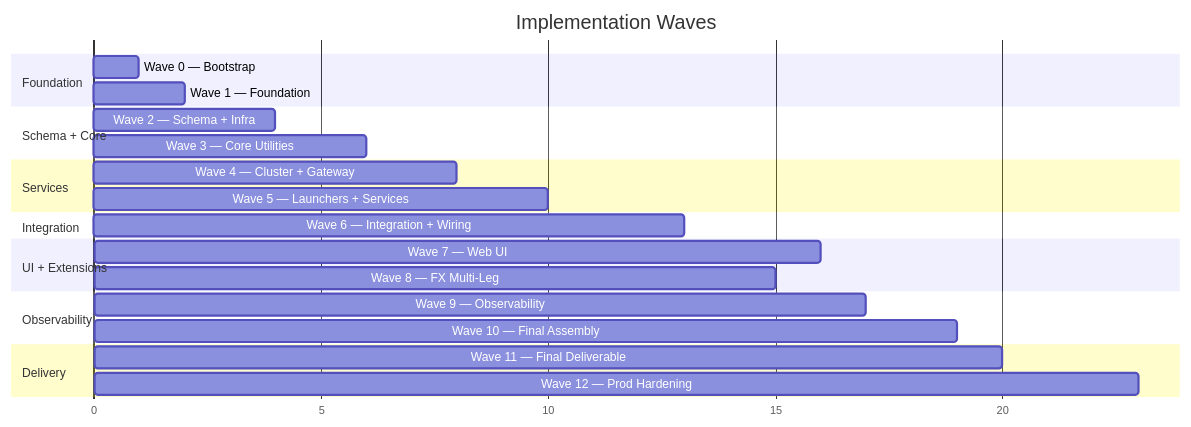
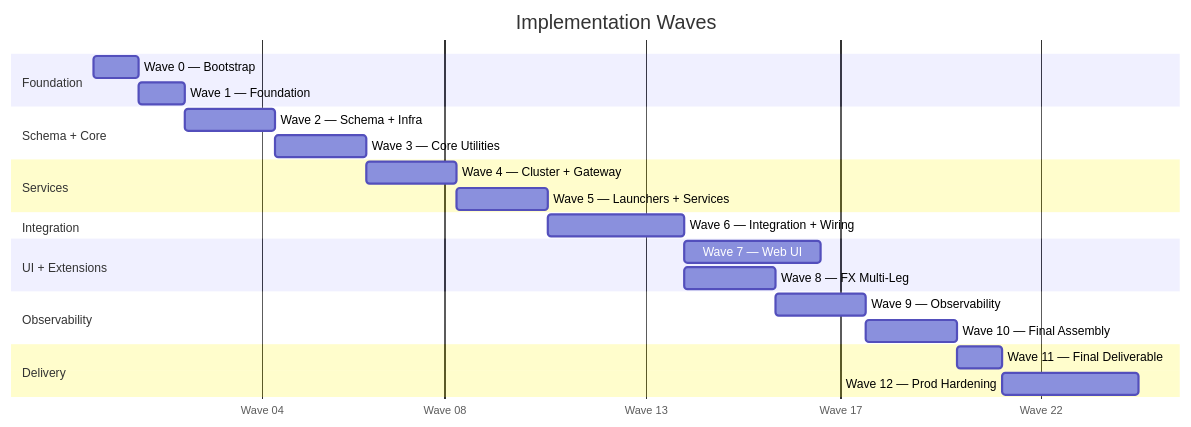
One commit to jsohi/app-trading-engine changed the first of 2 diagrams in docs/wave-plan.md. Above: the diagram before and after it, drawn with Mermaid. The commit also changed 2 other files, not shown here.

Commit message:
APP-57: Fix review findings — scope counts, port consistency, Gantt format
- AGENTS.md: update 55→65 issues, 11→13 waves, add reference to docs/wave-plan.md
- deployment.md: fix FIX port 8001→9880 to match architecture.md and sequences.md
- wave-plan.md: fix Mermaid Gantt to use proper date format with durations

````diff
--- a/docs/wave-plan.md
+++ b/docs/wave-plan.md
@@ -7,33 +7,33 @@
 ```mermaid
 gantt
     title Implementation Waves
-    dateFormat X
-    axisFormat %s
+    dateFormat YYYY-MM-DD
+    axisFormat Wave %W
 
     section Foundation
-    Wave 0 — Bootstrap           :w0, 0, 1
-    Wave 1 — Foundation          :w1, 1, 2
+    Wave 0 — Bootstrap           :w0, 2026-01-06, 7d
+    Wave 1 — Foundation          :w1, after w0, 7d
 
     section Schema + Core
-    Wave 2 — Schema + Infra      :w2, 2, 4
-    Wave 3 — Core Utilities      :w3, 4, 6
+    Wave 2 — Schema + Infra      :w2, after w1, 14d
+    Wave 3 — Core Utilities      :w3, after w2, 14d
 
     section Services
-    Wave 4 — Cluster + Gateway   :w4, 6, 8
-    Wave 5 — Launchers + Services:w5, 8, 10
+    Wave 4 — Cluster + Gateway   :w4, after w3, 14d
+    Wave 5 — Launchers + Services:w5, after w4, 14d
 
     section Integration
-    Wave 6 — Integration + Wiring:w6, 10, 13
+    Wave 6 — Integration + Wiring:w6, after w5, 21d
 
     section UI + Extensions
-    Wave 7 — Web UI              :w7, 13, 16
-    Wave 8 — FX Multi-Leg        :w8, 13, 15
+    Wave 7 — Web UI              :w7, after w6, 21d
+    Wave 8 — FX Multi-Leg        :w8, after w6, 14d
 
     section Observability
-    Wave 9 — Observability       :w9, 15, 17
-    Wave 10 — Final Assembly     :w10, 17, 19
+    Wave 9 — Observability       :w9, after w8, 14d
+    Wave 10 — Final Assembly     :w10, after w9, 14d
 
     section Delivery
-    Wave 11 — Final Deliverable  :w11, 19, 20
-    Wave 12 — Prod Hardening     :w12, 20, 23
+    Wave 11 — Final Deliverable  :w11, after w10, 7d
+    Wave 12 — Prod Hardening     :w12, after w11, 21d
 ```
````
